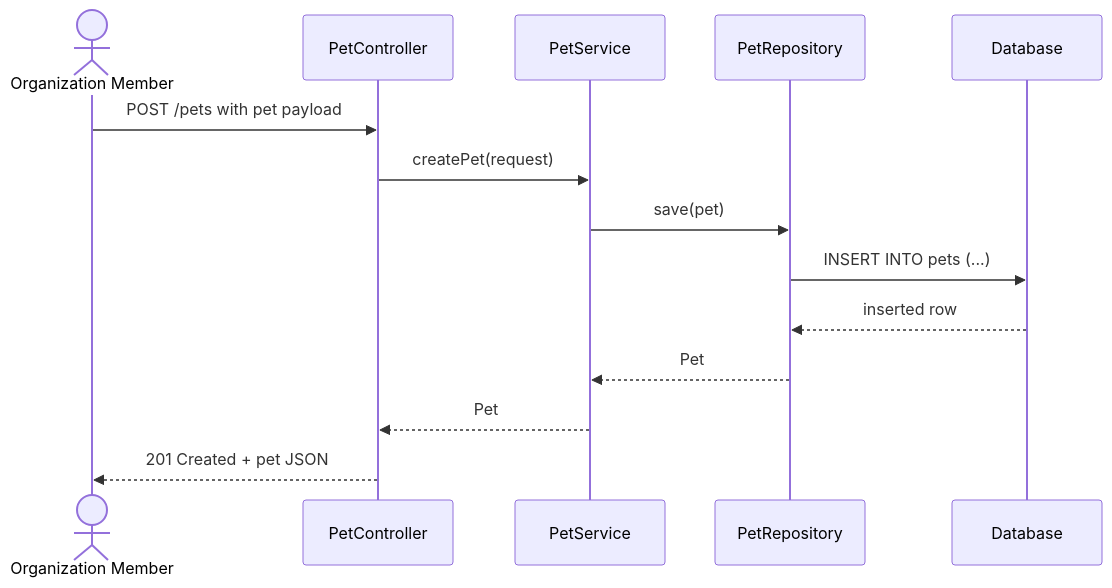
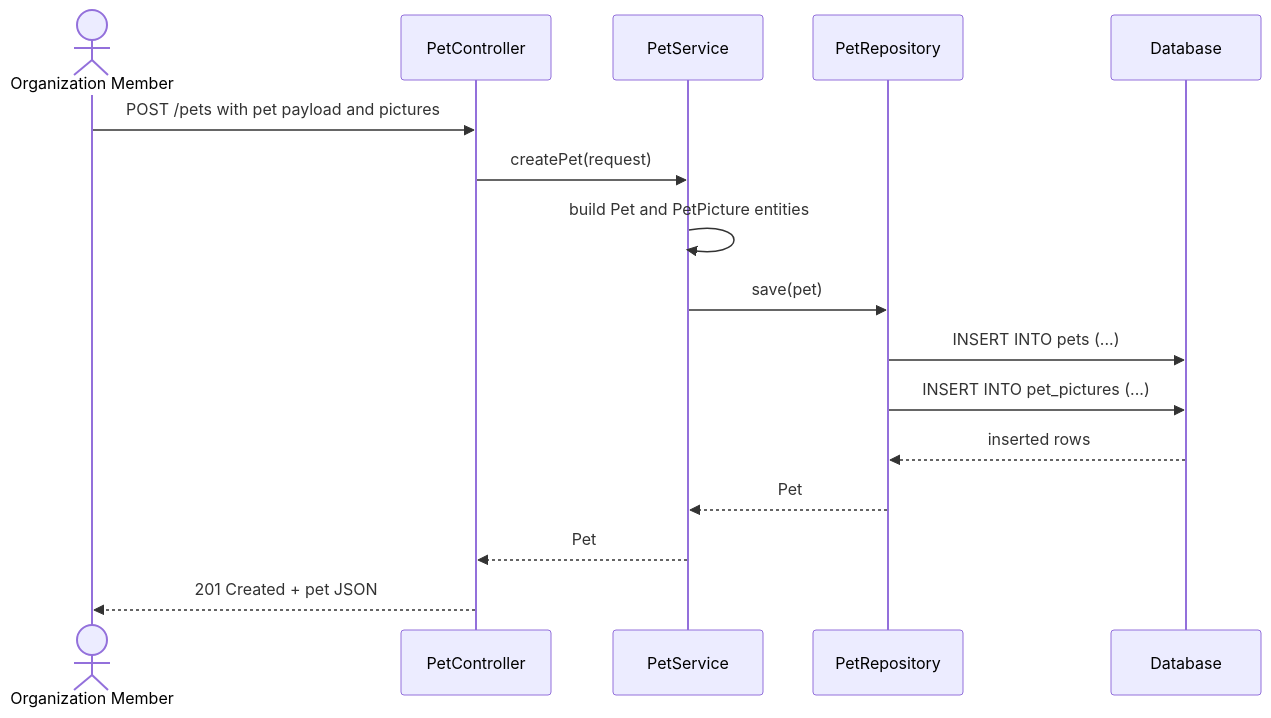
The fifth of 10 diagrams in docs/architecture/sequence-models.md (daniel9917/adopcion-service), drawn with Mermaid before and after one commit. The commit also changed other lines of this file and 15 other files, not shown here.

Commit message:
Add multi-picture pet storage, DB migration, OpenAPI spec, and docs

````diff
--- a/docs/architecture/sequence-models.md
+++ b/docs/architecture/sequence-models.md
@@ -53,17 +111,19 @@
 ```mermaid
 sequenceDiagram
     actor OrgMember as Organization Member
     participant Controller as PetController
     participant Service as PetService
     participant Repo as PetRepository
     participant DB as Database
 
-    OrgMember->>Controller: POST /pets with pet payload
+    OrgMember->>Controller: POST /pets with pet payload and pictures
     Controller->>Service: createPet(request)
+    Service->>Service: build Pet and PetPicture entities
     Service->>Repo: save(pet)
     Repo->>DB: INSERT INTO pets (...)
-    DB-->>Repo: inserted row
+    Repo->>DB: INSERT INTO pet_pictures (...)
+    DB-->>Repo: inserted rows
     Repo-->>Service: Pet
     Service-->>Controller: Pet
     Controller-->>OrgMember: 201 Created + pet JSON
 ```
````
